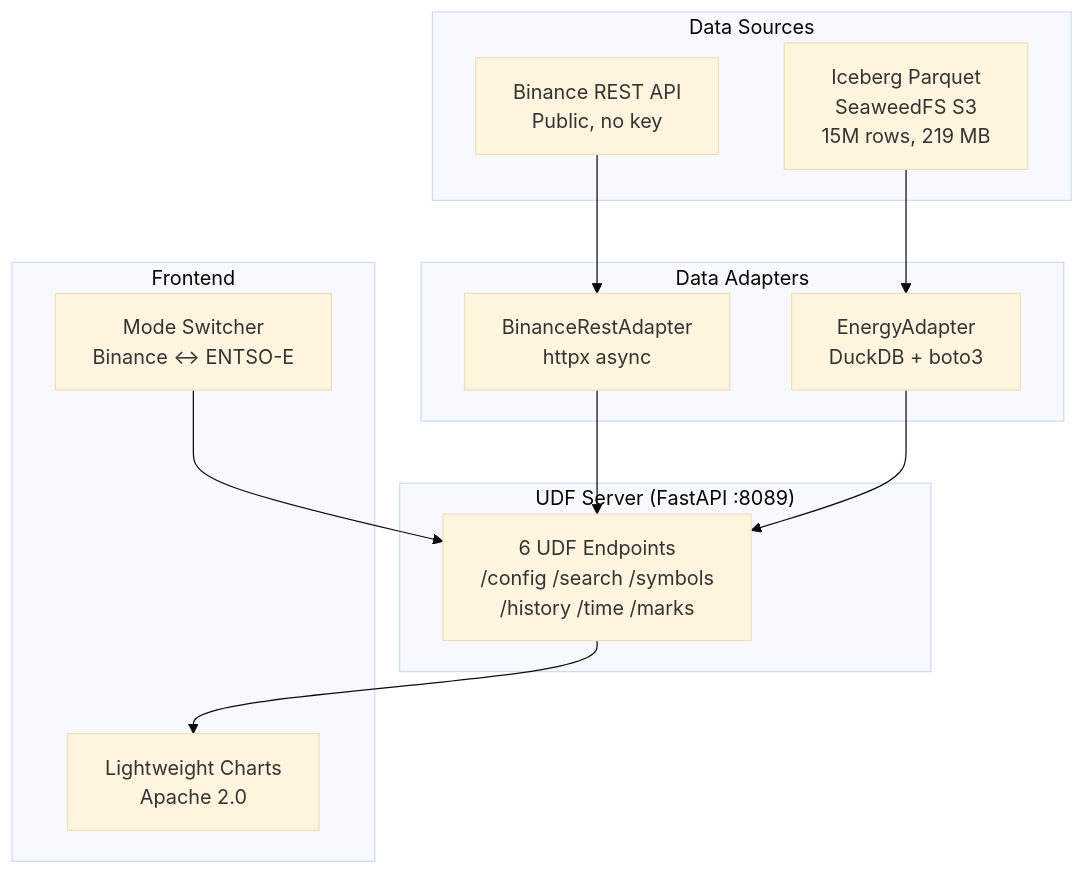
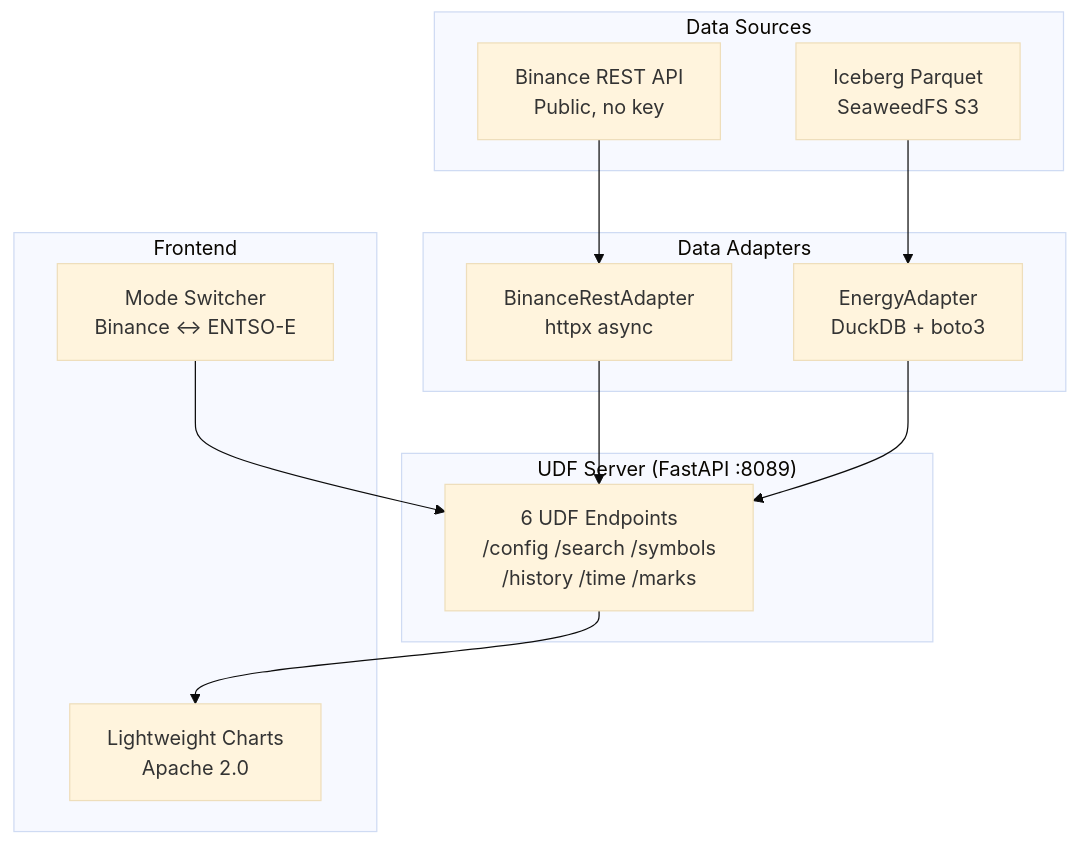
The diagram in README.md (stan-buren/tradingview-udf-datafeed-server), drawn with Mermaid (base theme) before and after one commit. The commit also changed other lines of this file, not shown here.

````diff
--- a/README.md
+++ b/README.md
@@ -74,28 +75,28 @@
 ```mermaid
 flowchart TD
     subgraph Sources["Data Sources"]
         BIN["Binance REST API\nPublic, no key"]
-        ICE["Iceberg Parquet\nSeaweedFS S3\n15M rows, 219 MB"]
+        ICE["Iceberg Parquet\nSeaweedFS S3"]
     end
 
     subgraph Adapters["Data Adapters"]
         BA["BinanceRestAdapter\nhttpx async"]
         EA["EnergyAdapter\nDuckDB + boto3"]
     end
 
     subgraph Server["UDF Server (FastAPI :8089)"]
         RTR["6 UDF Endpoints\n/config /search /symbols\n/history /time /marks"]
     end
 
     subgraph Frontend["Frontend"]
         LW["Lightweight Charts\nApache 2.0"]
         SW["Mode Switcher\nBinance ↔ ENTSO-E"]
     end
 
     BIN --> BA
     ICE --> EA
     BA --> RTR
     EA --> RTR
     RTR --> LW
     SW --> RTR
 ```
````
